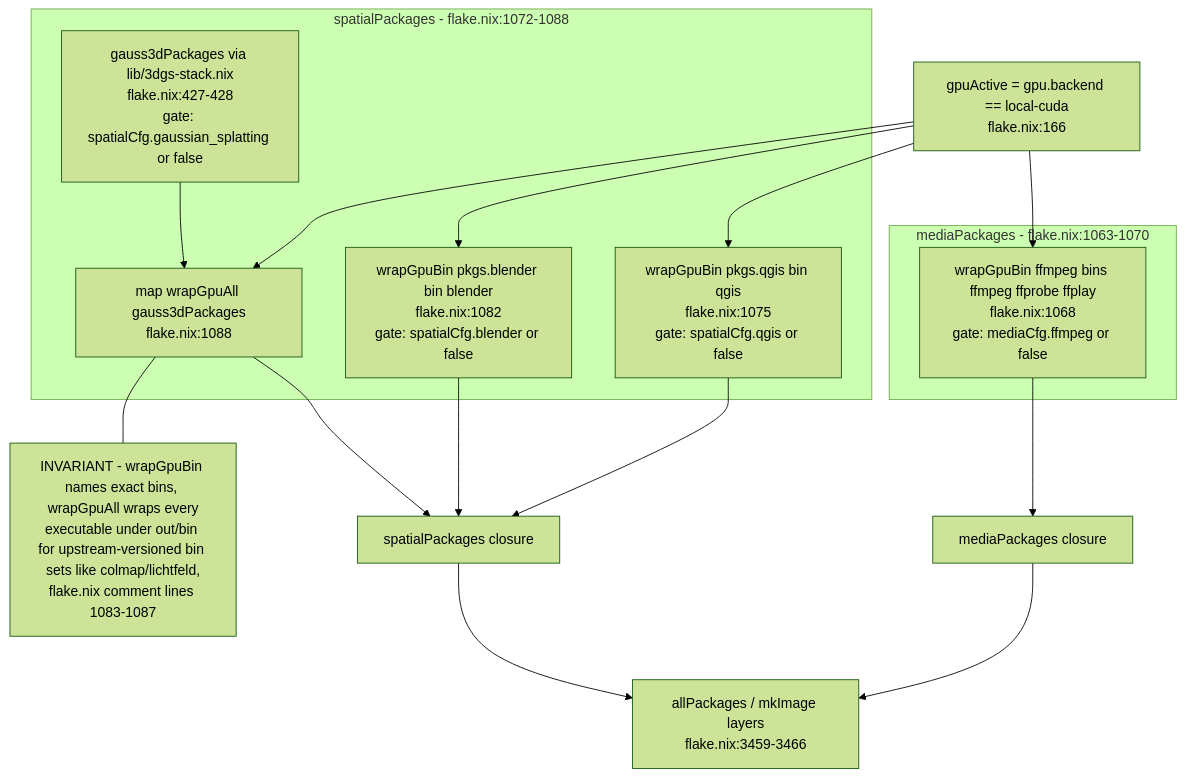
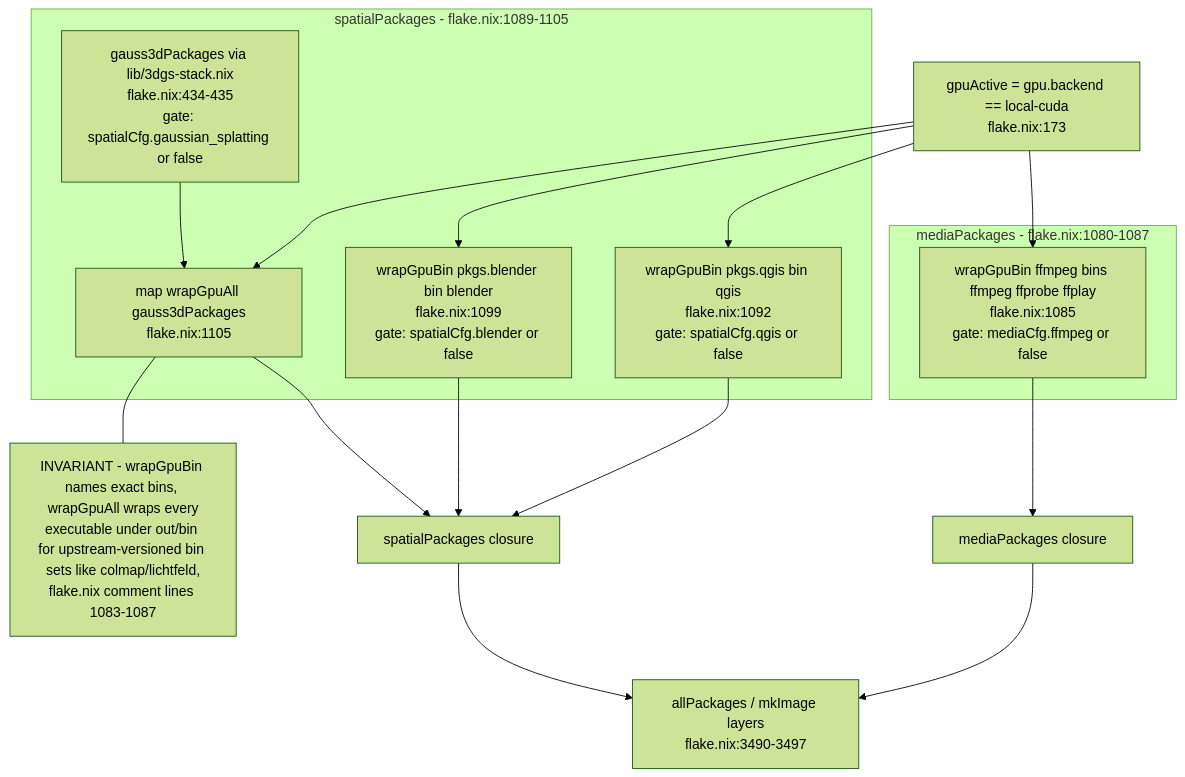
The seventh of 10 diagrams in docs/diagrams/agentbox/01-nix-flake-composition.md (DreamLab-AI/AR-AI-Knowledge-Graph), drawn with Mermaid (forest theme) before and after one commit. The commit also changed other lines of this file and 73 other files, not shown here.

First line of the commit message:
docs(diagrams): re-verify all 71 topic files against HEAD; add --cite-check

````diff
--- a/docs/diagrams/agentbox/01-nix-flake-composition.md
+++ b/docs/diagrams/agentbox/01-nix-flake-composition.md
@@ -267,32 +267,32 @@
 ```mermaid
 flowchart TB
-    GPUACT["gpuActive = gpu.backend == local-cuda<br/>flake.nix:166"]
+    GPUACT["gpuActive = gpu.backend == local-cuda<br/>flake.nix:173"]
 
-    subgraph MEDIA["mediaPackages - flake.nix:1063-1070"]
-        FF["wrapGpuBin ffmpeg bins ffmpeg ffprobe ffplay<br/>flake.nix:1068<br/>gate: mediaCfg.ffmpeg or false"]
+    subgraph MEDIA["mediaPackages - flake.nix:1080-1087"]
+        FF["wrapGpuBin ffmpeg bins ffmpeg ffprobe ffplay<br/>flake.nix:1085<br/>gate: mediaCfg.ffmpeg or false"]
     end
 
-    subgraph SPATIAL["spatialPackages - flake.nix:1072-1088"]
-        QGIS["wrapGpuBin pkgs.qgis bin qgis<br/>flake.nix:1075<br/>gate: spatialCfg.qgis or false"]
-        BLENDER["wrapGpuBin pkgs.blender bin blender<br/>flake.nix:1082<br/>gate: spatialCfg.blender or false"]
-        GAUSS["gauss3dPackages via lib/3dgs-stack.nix<br/>flake.nix:427-428<br/>gate: spatialCfg.gaussian_splatting or false"]
-        WRAPALL["map wrapGpuAll gauss3dPackages<br/>flake.nix:1088"]
+    subgraph SPATIAL["spatialPackages - flake.nix:1089-1105"]
+        QGIS["wrapGpuBin pkgs.qgis bin qgis<br/>flake.nix:1092<br/>gate: spatialCfg.qgis or false"]
+        BLENDER["wrapGpuBin pkgs.blender bin blender<br/>flake.nix:1099<br/>gate: spatialCfg.blender or false"]
+        GAUSS["gauss3dPackages via lib/3dgs-stack.nix<br/>flake.nix:434-435<br/>gate: spatialCfg.gaussian_splatting or false"]
+        WRAPALL["map wrapGpuAll gauss3dPackages<br/>flake.nix:1105"]
         GAUSS --> WRAPALL
     end
 
     GPUACT --> FF
     GPUACT --> QGIS
     GPUACT --> BLENDER
     GPUACT --> WRAPALL
 
     FF --> MEDIAPKG["mediaPackages closure"]
     QGIS --> SPATIALPKG["spatialPackages closure"]
     BLENDER --> SPATIALPKG
     WRAPALL --> SPATIALPKG
 
-    MEDIAPKG --> ALLPKG["allPackages / mkImage layers<br/>flake.nix:3459-3466"]
+    MEDIAPKG --> ALLPKG["allPackages / mkImage layers<br/>flake.nix:3490-3497"]
     SPATIALPKG --> ALLPKG
 
     NOTE1["INVARIANT - wrapGpuBin names exact bins, wrapGpuAll wraps every<br/>executable under out/bin for upstream-versioned bin sets like colmap/lichtfeld,<br/>flake.nix comment lines 1083-1087"]
     WRAPALL --- NOTE1
 ```
````
